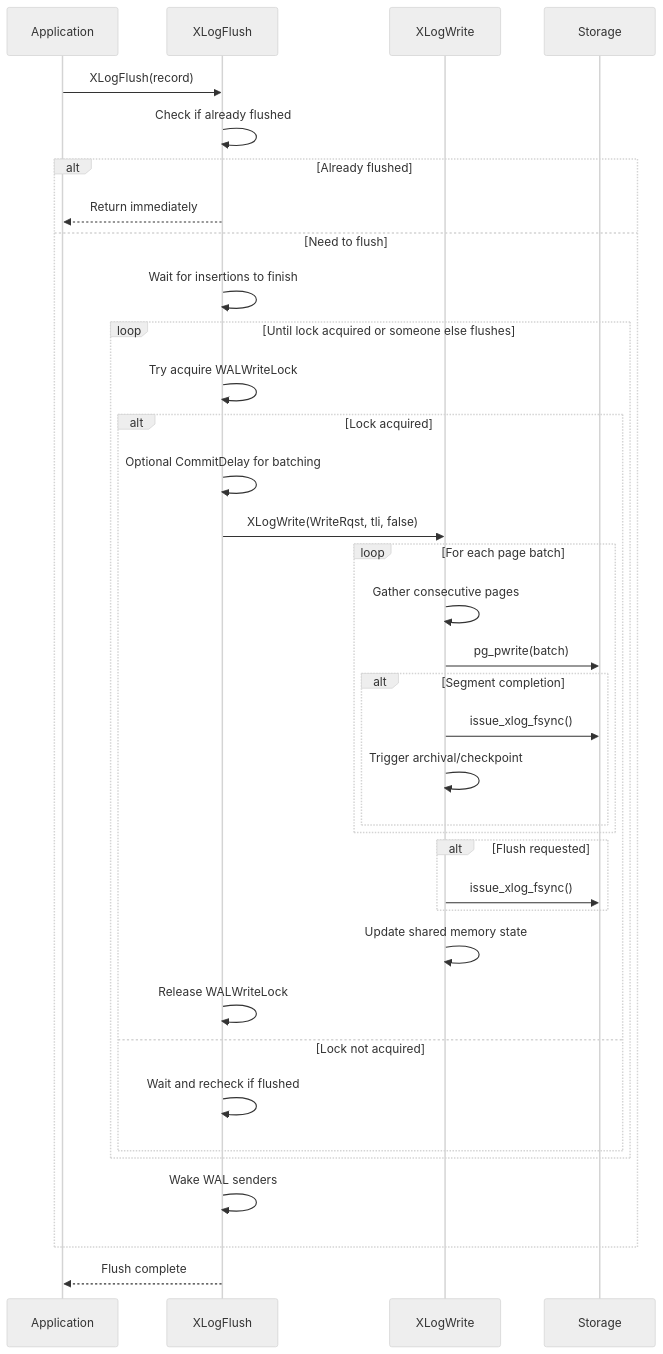
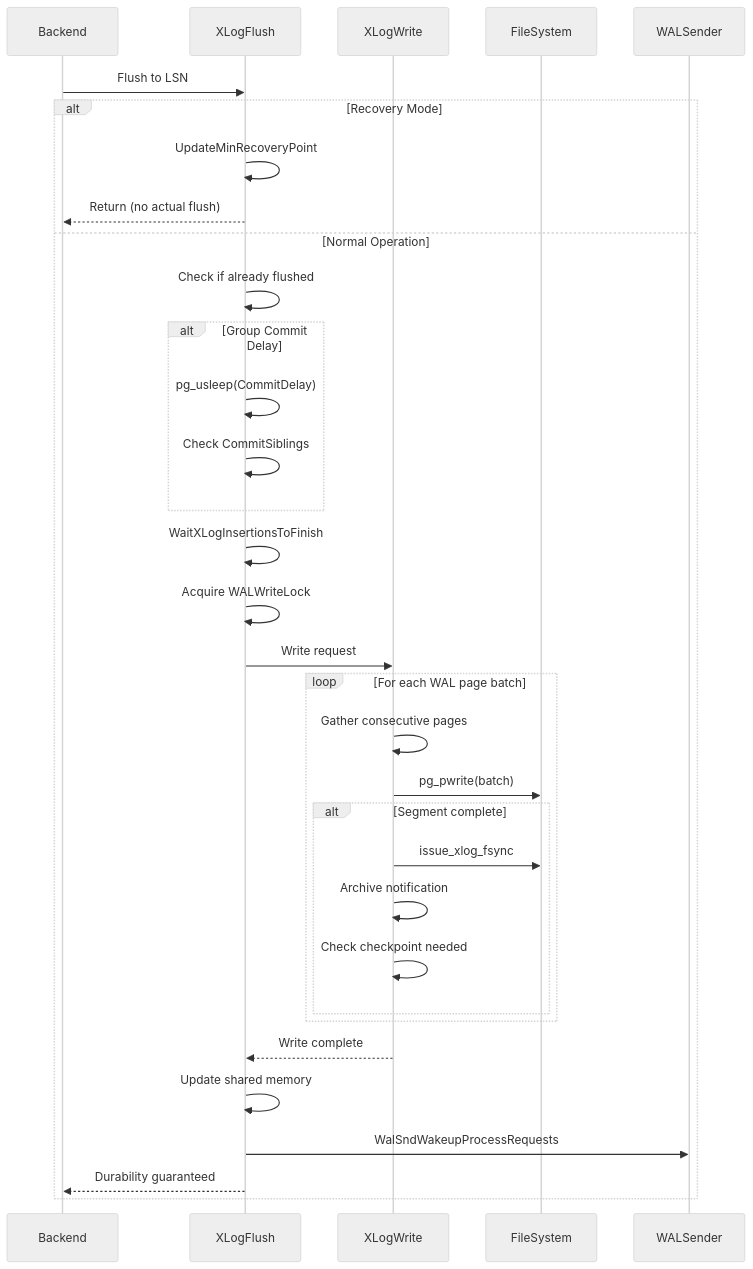
One commit to ryogrid/create_pg_super_document changed the second of 2 diagrams in topic_specific_generated_docs/about_wal/component_wal_writing.md. Above: the diagram before and after it, drawn with Mermaid (neutral theme). The commit also changed other lines of this file and 34 other files, not shown here.

````diff
--- a/topic_specific_generated_docs/about_wal/component_wal_writing.md
+++ b/topic_specific_generated_docs/about_wal/component_wal_writing.md
@@ -177,47 +188,43 @@
 ```mermaid
 sequenceDiagram
-    participant App as Application
-    participant XLF as XLogFlush
-    participant XLW as XLogWrite
-    participant Disk as Storage
+    participant Backend
+    participant XLogFlush
+    participant XLogWrite
+    participant FileSystem
+    participant WALSender
 
-    App->>XLF: XLogFlush(record)
-    XLF->>XLF: Check if already flushed
+    Backend->>XLogFlush: Flush to LSN
 
-    alt Already flushed
-        XLF-->>App: Return immediately
-    else Need to flush
-        XLF->>XLF: Wait for insertions to finish
+    alt Recovery Mode
+        XLogFlush->>XLogFlush: UpdateMinRecoveryPoint
+        XLogFlush-->>Backend: Return (no actual flush)
+    else Normal Operation
+        XLogFlush->>XLogFlush: Check if already flushed
 
-        loop Until lock acquired or someone else flushes
-            XLF->>XLF: Try acquire WALWriteLock
-            alt Lock acquired
-                XLF->>XLF: Optional CommitDelay for batching
-                XLF->>XLW: XLogWrite(WriteRqst, tli, false)
+        alt Group Commit Delay
+            XLogFlush->>XLogFlush: pg_usleep(CommitDelay)
+            XLogFlush->>XLogFlush: Check CommitSiblings
+        end
 
-                loop For each page batch
-                    XLW->>XLW: Gather consecutive pages
-                    XLW->>Disk: pg_pwrite(batch)
+        XLogFlush->>XLogFlush: WaitXLogInsertionsToFinish
+        XLogFlush->>XLogFlush: Acquire WALWriteLock
 
-                    alt Segment completion
-                        XLW->>Disk: issue_xlog_fsync()
-                        XLW->>XLW: Trigger archival/checkpoint
-                    end
-                end
+        XLogFlush->>XLogWrite: Write request
 
-                alt Flush requested
-                    XLW->>Disk: issue_xlog_fsync()
-                end
+        loop For each WAL page batch
+            XLogWrite->>XLogWrite: Gather consecutive pages
+            XLogWrite->>FileSystem: pg_pwrite(batch)
 
-                XLW->>XLW: Update shared memory state
-                XLF->>XLF: Release WALWriteLock
-            else Lock not acquired
-                XLF->>XLF: Wait and recheck if flushed
+            alt Segment complete
+                XLogWrite->>FileSystem: issue_xlog_fsync
+                XLogWrite->>XLogWrite: Archive notification
+                XLogWrite->>XLogWrite: Check checkpoint needed
             end
         end
 
-        XLF->>XLF: Wake WAL senders
+        XLogWrite-->>XLogFlush: Write complete
+        XLogFlush->>XLogFlush: Update shared memory
+        XLogFlush->>WALSender: WalSndWakeupProcessRequests
+        XLogFlush-->>Backend: Durability guaranteed
     end
-
-    XLF-->>App: Flush complete
 ```
````
